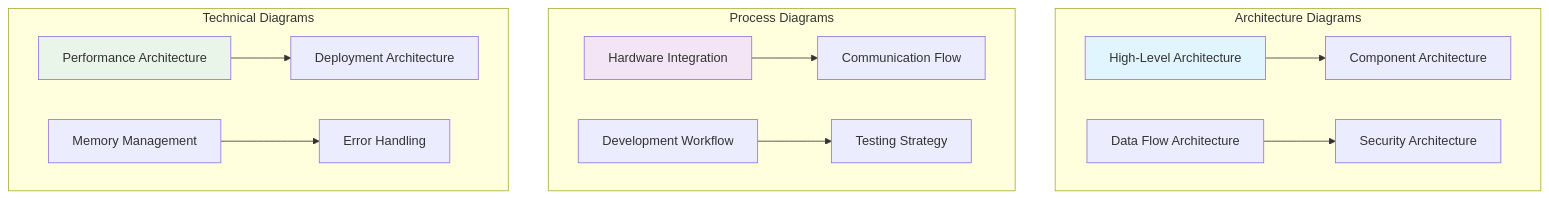
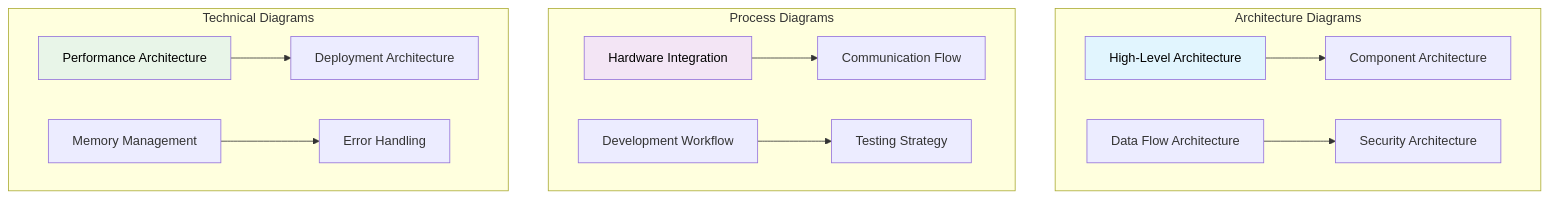
One commit to Interlaken0/temperature-plotter changed the fifth of 12 diagrams in docs/COMPLETE-DOCUMENTATION-GUIDE.md. Above: the diagram before and after it, drawn with Mermaid. The commit also changed other lines of this file and 8 other files, not shown here.

First line of the commit message:
Standardise Mermaid diagram text colour to black across all documentation

````diff
--- a/docs/COMPLETE-DOCUMENTATION-GUIDE.md
+++ b/docs/COMPLETE-DOCUMENTATION-GUIDE.md
@@ -170,21 +170,21 @@
 ```mermaid
 graph TB
     subgraph "Architecture Diagrams"
         A[High-Level Architecture] --> B[Component Architecture]
         C[Data Flow Architecture] --> D[Security Architecture]
     end
     
     subgraph "Process Diagrams"
         E[Hardware Integration] --> F[Communication Flow]
         G[Development Workflow] --> H[Testing Strategy]
     end
     
     subgraph "Technical Diagrams"
         I[Performance Architecture] --> J[Deployment Architecture]
         K[Memory Management] --> L[Error Handling]
     end
     
-    style A fill:#e1f5fe
-    style E fill:#f3e5f5
-    style I fill:#e8f5e8
+    style A fill:#e1f5fe,color:#000000
+    style E fill:#f3e5f5,color:#000000
+    style I fill:#e8f5e8,color:#000000
 ```
````
